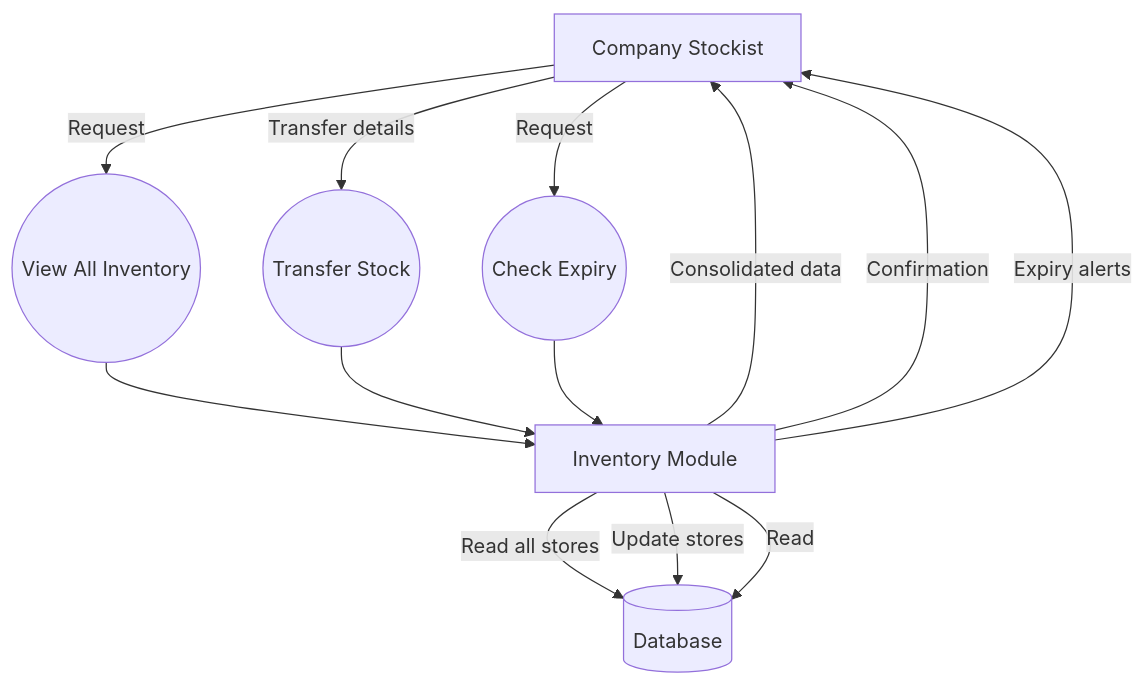
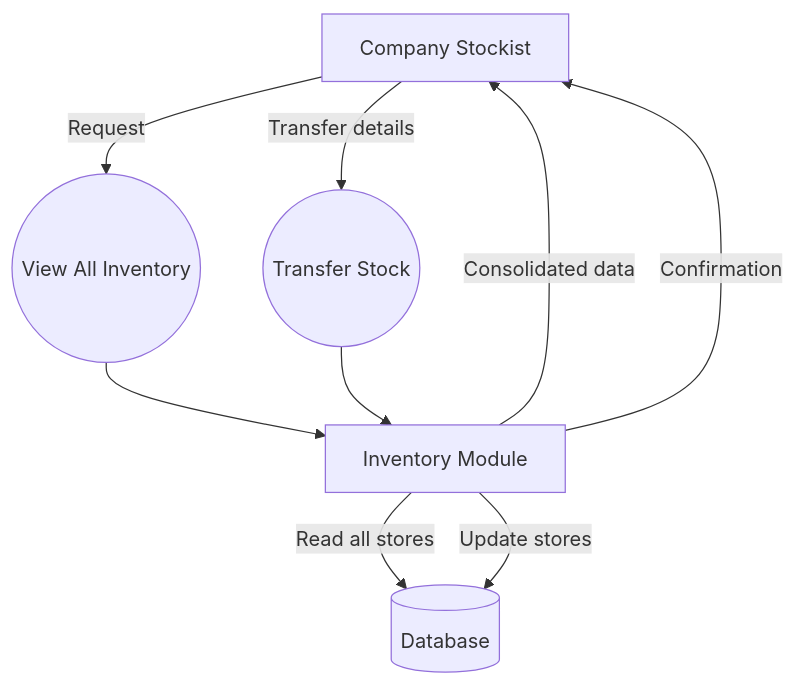
One commit to rohitagarwal-gkmit/retailpulse-docs changed the fifth of 5 diagrams in docs/technical/data_flow.md. Above: the diagram before and after it, drawn with Mermaid. The commit also changed other lines of this file and 6 other files, not shown here.

````diff
--- a/docs/technical/data_flow.md
+++ b/docs/technical/data_flow.md
@@ -114,17 +103,12 @@
 ```mermaid
 flowchart TD
     CompStockist[Company Stockist] -->|Request| P1((View All Inventory))
     P1 --> Inv[Inventory Module]
     Inv -->|Read all stores| DB[(Database)]
     Inv -->|Consolidated data| CompStockist
     
     CompStockist -->|Transfer details| P2((Transfer Stock))
     P2 --> Inv
     Inv -->|Update stores| DB
     Inv -->|Confirmation| CompStockist
-    
-    CompStockist -->|Request| P3((Check Expiry))
-    P3 --> Inv
-    Inv -->|Read| DB
-    Inv -->|Expiry alerts| CompStockist
 ```
````
